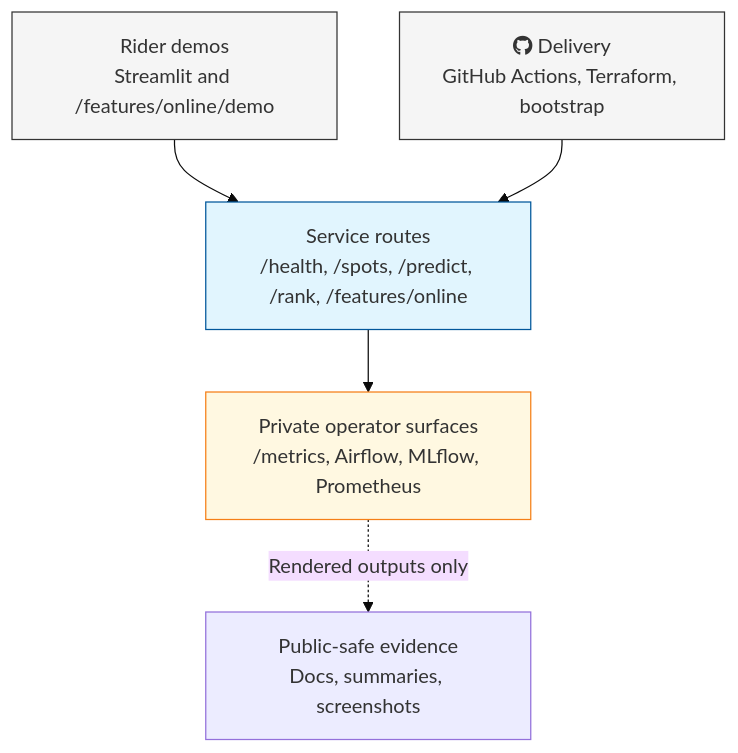
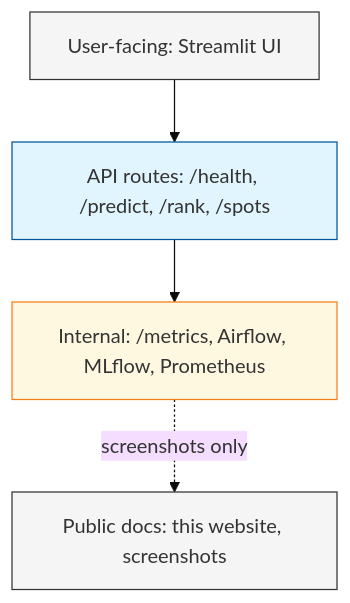
The diagram in docs/site/system/interfaces-and-surfaces.md (javihslu/foehncast), drawn with Mermaid (base theme) before and after one commit. The commit also changed other lines of this file and 12 other files, not shown here.

```diff
--- a/docs/site/system/interfaces-and-surfaces.md
+++ b/docs/site/system/interfaces-and-surfaces.md
@@ -13,18 +7,15 @@
 <div class="mermaid">
 flowchart TD
     classDef public fill:#f5f5f5,stroke:#333
     classDef service fill:#e1f5fe,stroke:#01579b
     classDef operator fill:#fff8e1,stroke:#f57f17
-    classDef evidence fill:#ececff,stroke:#9370db
 
-    RIDER["Rider demos<br/>Streamlit and /features/online/demo"]:::public
-    SERVICE["Service routes<br/>/health, /spots, /predict, /rank, /features/online"]:::service
-    OPERATOR["Private operator surfaces<br/>/metrics, Airflow, MLflow, Prometheus"]:::operator
-    DELIVERY["fab:fa-github Delivery<br/>GitHub Actions, Terraform, bootstrap"]:::public
-    EVIDENCE["Public-safe evidence<br/>Docs, summaries, screenshots"]:::evidence
+    RIDER["User-facing: Streamlit UI"]:::public
+    SERVICE["API routes: /health, /predict, /rank, /spots"]:::service
+    OPERATOR["Internal: /metrics, Airflow, MLflow, Prometheus"]:::operator
+    DOCS["Public docs: this website, screenshots"]:::public
 
     RIDER --> SERVICE
-    DELIVERY --> SERVICE
     SERVICE --> OPERATOR
-    OPERATOR -. "Rendered outputs only" .-> EVIDENCE
+    OPERATOR -. "screenshots only" .-> DOCS
 </div>
```
